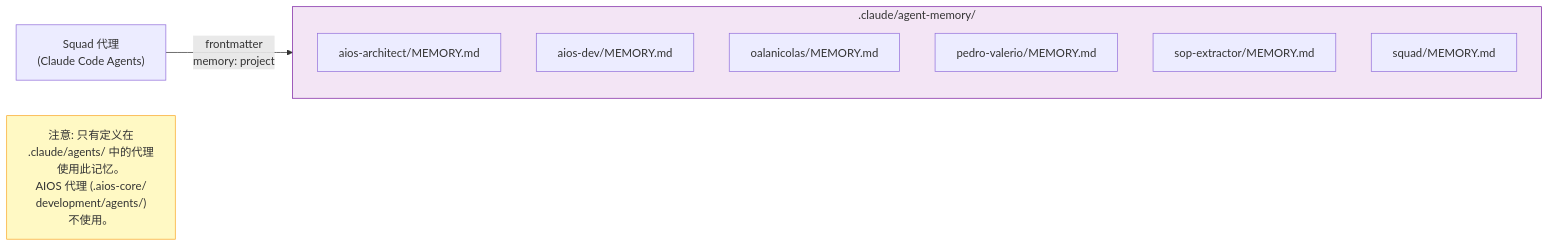
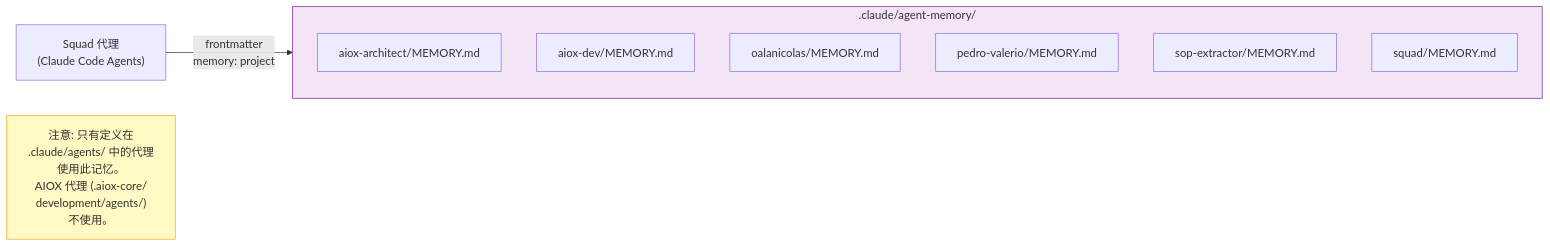
Before and after one commit to brunajunckes/aiox-core: the fifth of 18 diagrams in docs/zh/guides/MEMORY-SYSTEM.md, drawn with Mermaid. The commit also changed other lines of this file and 3446 other files, not shown here.

First line of the commit message:
chore: rebrand aios → aiox across entire codebase (#552)

````diff
--- a/docs/zh/guides/MEMORY-SYSTEM.md
+++ b/docs/zh/guides/MEMORY-SYSTEM.md
@@ -233,18 +233,18 @@
 ```mermaid
 flowchart LR
     subgraph AGENT_MEM[".claude/agent-memory/"]
-        AM1["aios-architect/MEMORY.md"]
-        AM2["aios-dev/MEMORY.md"]
+        AM1["aiox-architect/MEMORY.md"]
+        AM2["aiox-dev/MEMORY.md"]
         AM3["oalanicolas/MEMORY.md"]
         AM4["pedro-valerio/MEMORY.md"]
         AM5["sop-extractor/MEMORY.md"]
         AM6["squad/MEMORY.md"]
     end
 
     SQUAD_AGENTS["Squad 代理<br/>(Claude Code Agents)"] -->|"frontmatter<br/>memory: project"| AGENT_MEM
 
-    NOTE["注意: 只有定义在<br/>.claude/agents/ 中的代理<br/>使用此记忆。<br/>AIOS 代理 (.aios-core/<br/>development/agents/)<br/>不使用。"]
+    NOTE["注意: 只有定义在<br/>.claude/agents/ 中的代理<br/>使用此记忆。<br/>AIOX 代理 (.aiox-core/<br/>development/agents/)<br/>不使用。"]
 
     style AGENT_MEM fill:#F3E5F5,stroke:#7B1FA2
     style NOTE fill:#FFF9C4,stroke:#F9A825
 ```
````
